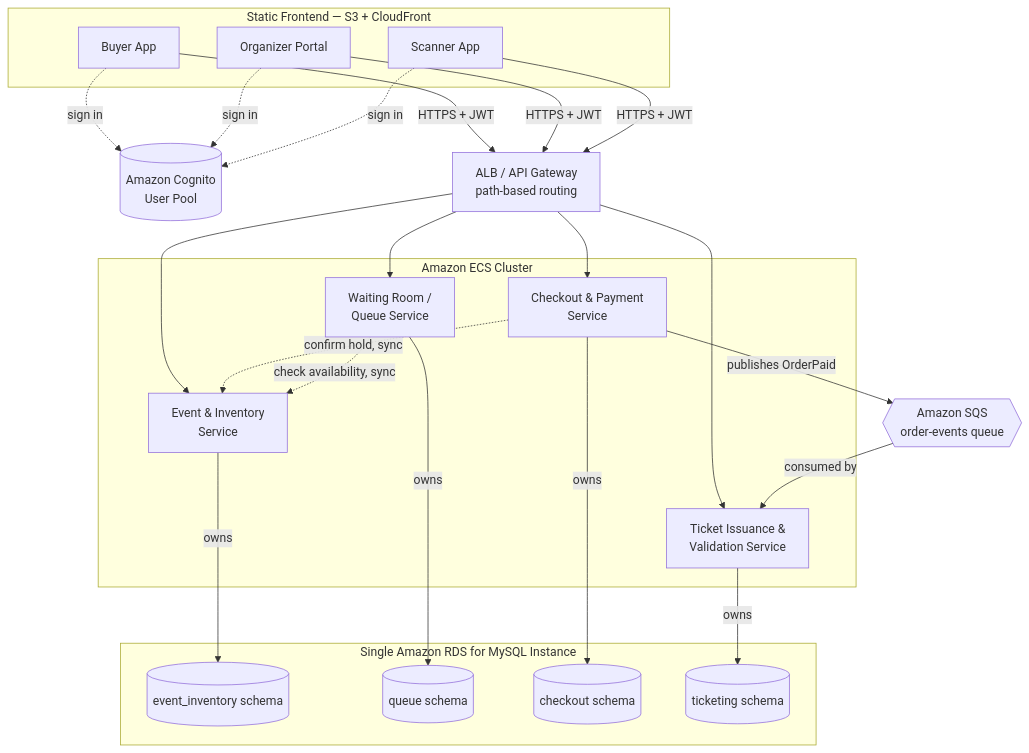
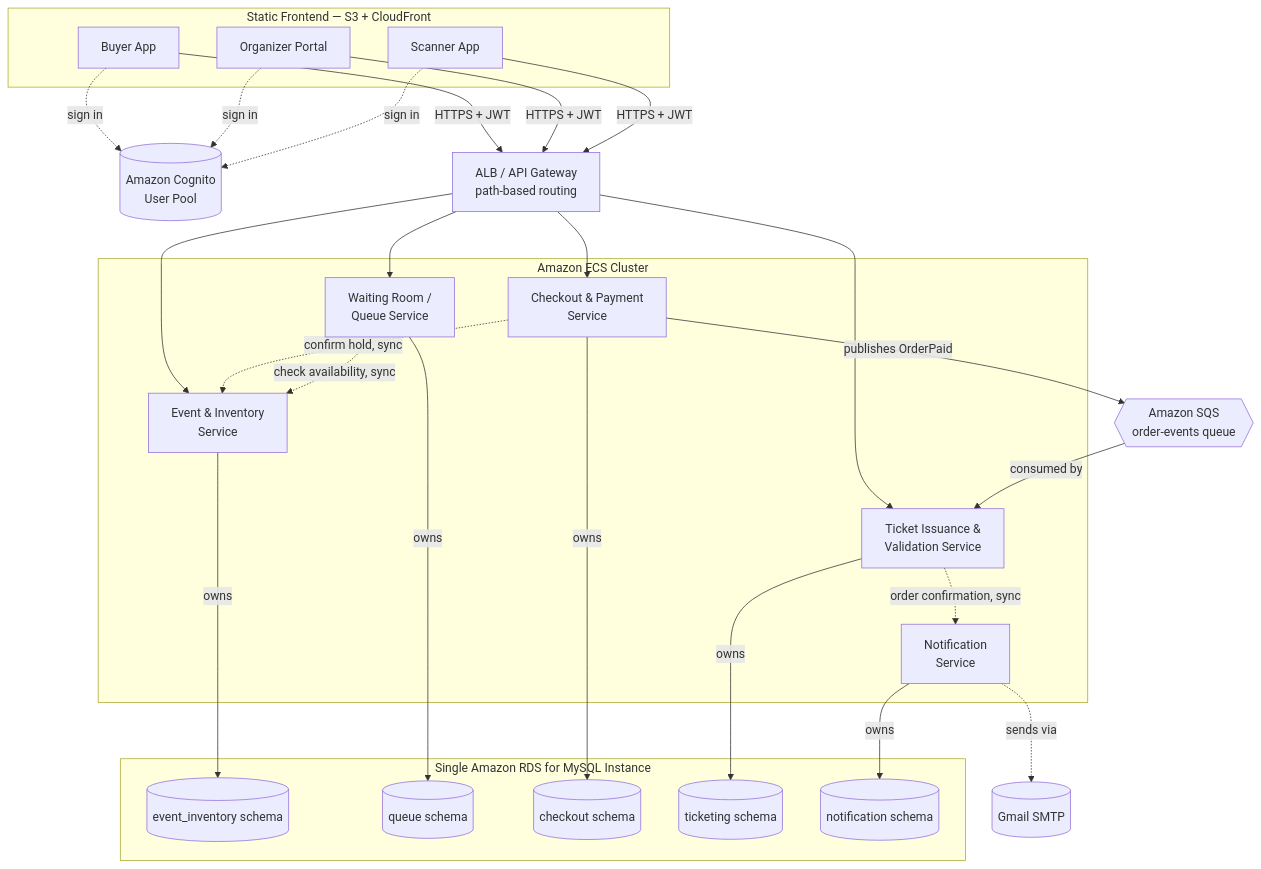
The first of 12 diagrams in database/onestage-system-design_with_notification.md (nus-mtech-grp1-sem2/backend-repo), drawn with Mermaid before and after one commit. The commit also changed other lines of this file, not shown here.

First line of the commit message:
Document the Notification Service in the system design doc

````diff
--- a/database/onestage-system-design_with_notification.md
+++ b/database/onestage-system-design_with_notification.md
@@ -15,50 +15,56 @@
 ```mermaid
 graph TB
     subgraph Frontend["Static Frontend — S3 + CloudFront"]
         Buyer["Buyer App"]
         Portal["Organizer Portal"]
         Scanner["Scanner App"]
     end
 
     Cognito[("Amazon Cognito<br/>User Pool")]
 
     GW["ALB / API Gateway<br/>path-based routing"]
 
     subgraph ECS["Amazon ECS Cluster"]
         EIS["Event & Inventory<br/>Service"]
         WR["Waiting Room /<br/>Queue Service"]
         CPS["Checkout & Payment<br/>Service"]
         TIV["Ticket Issuance &<br/>Validation Service"]
+        NS["Notification<br/>Service"]
     end
 
     subgraph DB["Single Amazon RDS for MySQL Instance"]
         SchemaEI[(event_inventory schema)]
         SchemaQ[(queue schema)]
         SchemaCO[(checkout schema)]
         SchemaTI[(ticketing schema)]
+        SchemaN[(notification schema)]
     end
 
     SQS{{"Amazon SQS<br/>order-events queue"}}
+    Gmail[("Gmail SMTP")]
 
     Buyer -->|HTTPS + JWT| GW
     Portal -->|HTTPS + JWT| GW
     Scanner -->|HTTPS + JWT| GW
     Buyer -.sign in.-> Cognito
     Portal -.sign in.-> Cognito
     Scanner -.sign in.-> Cognito
 
     GW --> EIS
     GW --> WR
     GW --> CPS
     GW --> TIV
 
     EIS -->|owns| SchemaEI
     WR -->|owns| SchemaQ
     CPS -->|owns| SchemaCO
     TIV -->|owns| SchemaTI
+    NS -->|owns| SchemaN
 
     CPS -->|publishes OrderPaid| SQS
     SQS -->|consumed by| TIV
     CPS -.confirm hold, sync.-> EIS
     WR -.check availability, sync.-> EIS
+    TIV -.order confirmation, sync.-> NS
+    NS -.sends via.-> Gmail
 ```
````
